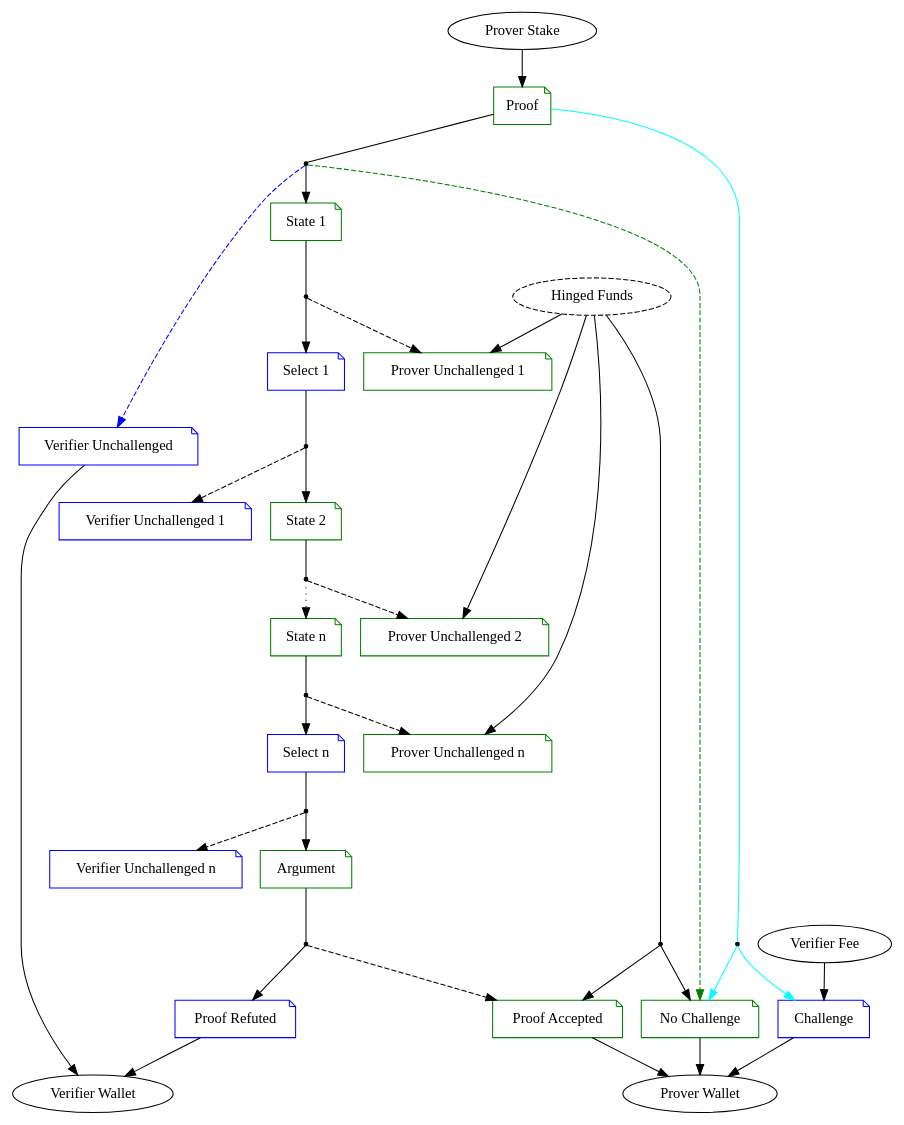
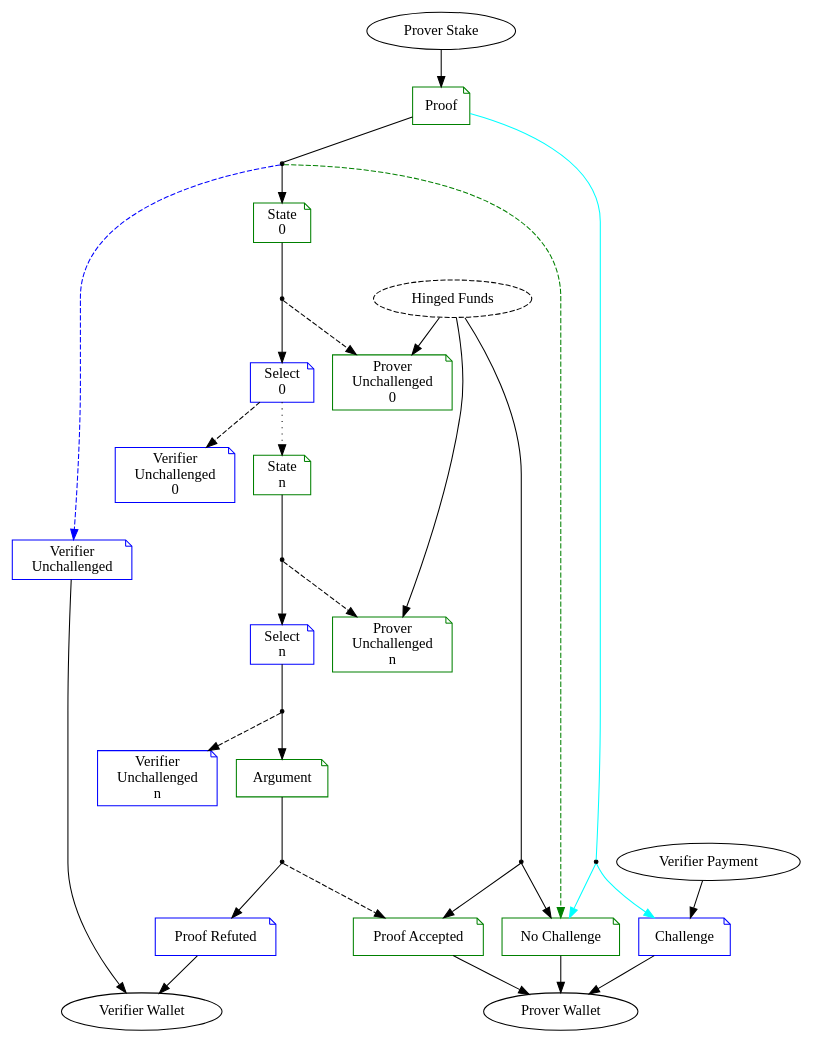
The diagram in transactions-flow.dot (westonnelson/bitsnark-lib), drawn with Graphviz before and after one commit. The commit also changed other lines of this file and 2 other files, not shown here.

Commit message:
Steps begin with 0 and verifier gives payment
Closes #45

```diff
--- a/transactions-flow.dot
+++ b/transactions-flow.dot
@@ -1,46 +1,63 @@
 digraph BitSnark {
     /* Styling. */
-    node [shape=note]
-    {node [shape=point] o0 o1 o2 o3 o4 o5 o6 o7 o8}
-    {node [shape=oval] "Prover Stake" "Verifier Fee" "Hinged Funds" "Prover Wallet" "Verifier Wallet"}
-    {node [color=green] "Proof" "No Challenge" "Proof Accepted" "State 1" "State 2" "State n" "Prover Unchallenged 1" "Prover Unchallenged 2" "Prover Unchallenged n" "Argument"}
-    {node [color=blue] "Challenge" "Verifier Unchallenged" "Proof Refuted" "Select 1" "Select n" "Verifier Unchallenged 1" "Verifier Unchallenged n"}
-    "Hinged Funds" [style=dashed]
+    {node [shape=oval]
+        prover_stake [label="Prover Stake"]
+        verifier_payment [label="Verifier Payment"]
+        prover_wallet [label="Prover Wallet"]
+        verifier_wallet [label="Verifier Wallet"]
+        hinged_funds [label="Hinged Funds";style=dashed]
+    }
+    {node [shape=note; color=green]
+        proof [label="Proof"]
+        no_challenge [label="No Challenge"]
+        proof_accepted [label="Proof Accepted"]
+        state_0 [label="State\n0"]
+        state_n [label="State\nn"]
+        prover_unchallenged_0 [label="Prover\nUnchallenged\n0"]
+        prover_unchallenged_n [label="Prover\nUnchallenged\nn"]
+        argument [label="Argument"]
+    }
+    {node [shape=note;color=blue]
+        challenge [label="Challenge"]
+        verifier_unchallenged [label="Verifier\nUnchallenged"]
+        select_0 [label="Select\n0"]
+        select_n [label="Select\nn"]
+        verifier_unchallenged_0 [label="Verifier\nUnchallenged\n0"]
+        verifier_unchallenged_n [label="Verifier\nUnchallenged\nn"]
+        proof_refuted [label="Proof Refuted"]
+    }
+    {node [shape=point] o0 o1 o2 o3 o4 o5 o6}
 
     /* Main Flow. */
-    o0 -> {"No Challenge"; "Proof Accepted"} -> "Prover Wallet" [weight=5]
-    "Prover Stake" -> "Proof"
-    "Proof" -> o1 [arrowhead=none]
-    "Proof" -> o2 [arrowhead=none; color=cyan]
-    o2 -> {"No Challenge"; "Challenge"} [color=cyan]
-    o1 -> "No Challenge" [style=dashed; color=green]
-    "Verifier Fee" -> "Challenge" -> "Prover Wallet"
-    o1 -> "Verifier Unchallenged" [style=dashed; color=blue]
-    "Verifier Unchallenged" -> "Verifier Wallet" [weight=1]
+    o0 -> {no_challenge; proof_accepted} -> prover_wallet [weight=5]
+    prover_stake -> proof
+    proof -> o1 [arrowhead=none]
+    proof -> o2 [arrowhead=none; color=cyan]
+    o2 -> {no_challenge; challenge} [color=cyan]
+    o1 -> no_challenge [style=dashed; color=green]
+    verifier_payment -> challenge -> prover_wallet
+    o1 -> verifier_unchallenged [style=dashed; color=blue]
+    verifier_unchallenged -> verifier_wallet [weight=1]
 
     /* Contention Bisection. */
-    o1 -> "State 1" [weight=5]
-    "State 1" -> o3 [arrowhead=none; weight=2]
-    o3 -> "Select 1" [weight=5]
-    o3 -> "Prover Unchallenged 1" [style=dashed]
-    "Select 1" -> o4 [arrowhead=none; weight=5]
-    o4 -> "State 2" [weight=5]
-    o4 -> "Verifier Unchallenged 1" [style=dashed]
-    "State 2" -> o5 [arrowhead=none; weight=5]
-    o5 -> "State n" [style=dotted; weight=5]
-    o5 -> "Prover Unchallenged 2" [style=dashed]
-    "State n" -> o6 [arrowhead=none; weight=5]
-    o6 -> "Select n" [weight=5]
-    o6 -> "Prover Unchallenged n" [style=dashed]
-    "Select n" -> o7 [arrowhead=none; weight=5]
-    o7 -> "Argument" [weight=5]
-    o7 -> "Verifier Unchallenged n" [style=dashed]
+    o1 -> state_0 [weight=5]
+    state_0 -> o3 [arrowhead=none; weight=2]
+    o3 -> select_0 [weight=5]
+    o3 -> prover_unchallenged_0 [style=dashed;weight=2]
+    select_0 -> verifier_unchallenged_0 [style=dashed]
+    select_0 -> state_n [style=dotted; weight=5]
+    state_n -> o4 [arrowhead=none; weight=5]
+    o4 -> select_n [weight=5]
+    o4 -> prover_unchallenged_n [style=dashed]
+    select_n -> o5 [arrowhead=none; weight=5]
+    o5 -> argument [weight=5]
+    o5 -> verifier_unchallenged_n [style=dashed]
 
     /* Contention Resolution. */
-    "Hinged Funds" -> o0 [arrowhead=none]
-    "Hinged Funds" -> {"Prover Unchallenged 1" "Prover Unchallenged 2" "Prover Unchallenged n"} [weight=0]
-    "Argument" -> o8  [arrowhead=none]
-    o8 -> "Proof Refuted"
-    o8 -> "Proof Accepted" [style=dashed]
-    "Proof Refuted" -> "Verifier Wallet"
+    hinged_funds -> o0 [arrowhead=none]
+    hinged_funds -> {prover_unchallenged_0 prover_unchallenged_n} [weight=0]
+    argument -> o6  [arrowhead=none]
+    o6 -> proof_refuted
+    o6 -> proof_accepted [style=dashed]
+    proof_refuted -> verifier_wallet
 }
```
